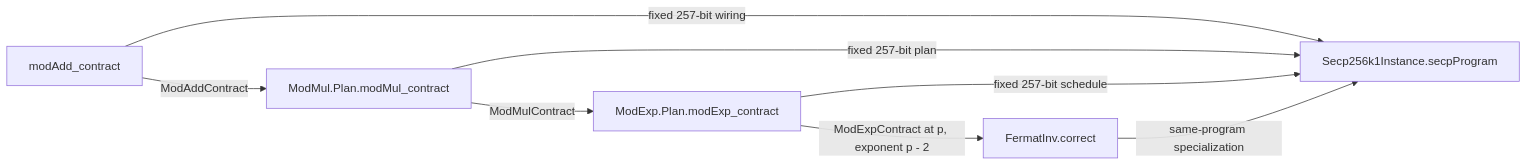
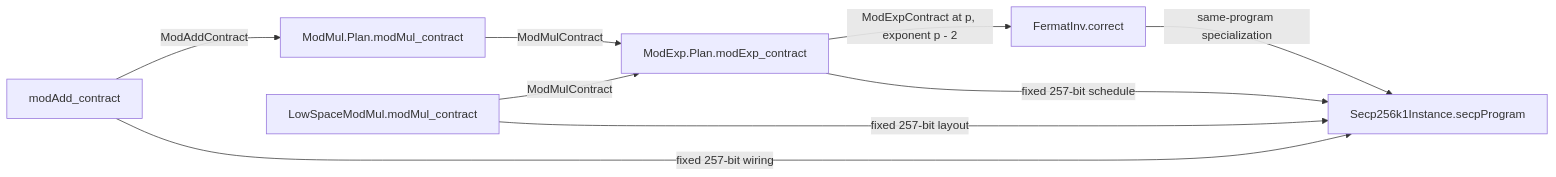
The second of 2 diagrams in ShorECDLP/Submission/Arithmetic/README.md (VerifiedQC/ShorECDLP), drawn with Mermaid before and after one commit. The commit also changed other lines of this file and 11 other files, not shown here.

Commit message:
Use low-space modular multiplication in Bitcoin submission

````diff
--- a/ShorECDLP/Submission/Arithmetic/README.md
+++ b/ShorECDLP/Submission/Arithmetic/README.md
@@ -96,16 +104,18 @@
 ```mermaid
 flowchart LR
   Add["modAdd_contract"]
-  Mul["ModMul.Plan.modMul_contract"]
+  LegacyMul["ModMul.Plan.modMul_contract"]
+  LowMul["LowSpaceModMul.modMul_contract"]
   Exp["ModExp.Plan.modExp_contract"]
   Inv["FermatInv.correct"]
   Instance["Secp256k1Instance.secpProgram"]
 
-  Add -->|ModAddContract| Mul
-  Mul -->|ModMulContract| Exp
+  Add -->|ModAddContract| LegacyMul
+  LegacyMul -->|ModMulContract| Exp
+  LowMul -->|ModMulContract| Exp
   Exp -->|ModExpContract at p, exponent p - 2| Inv
   Add -->|fixed 257-bit wiring| Instance
-  Mul -->|fixed 257-bit plan| Instance
+  LowMul -->|fixed 257-bit layout| Instance
   Exp -->|fixed 257-bit schedule| Instance
   Inv -->|same-program specialization| Instance
 ```
````
